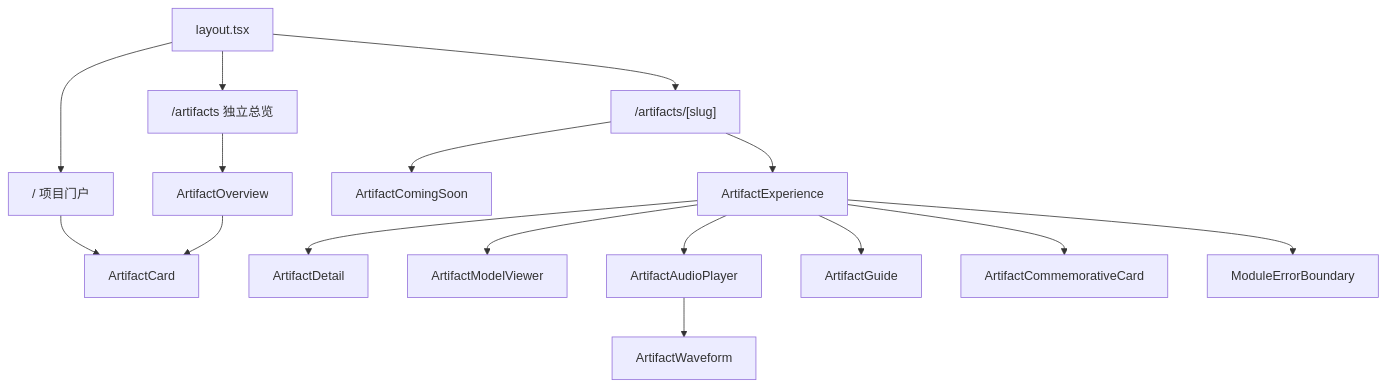
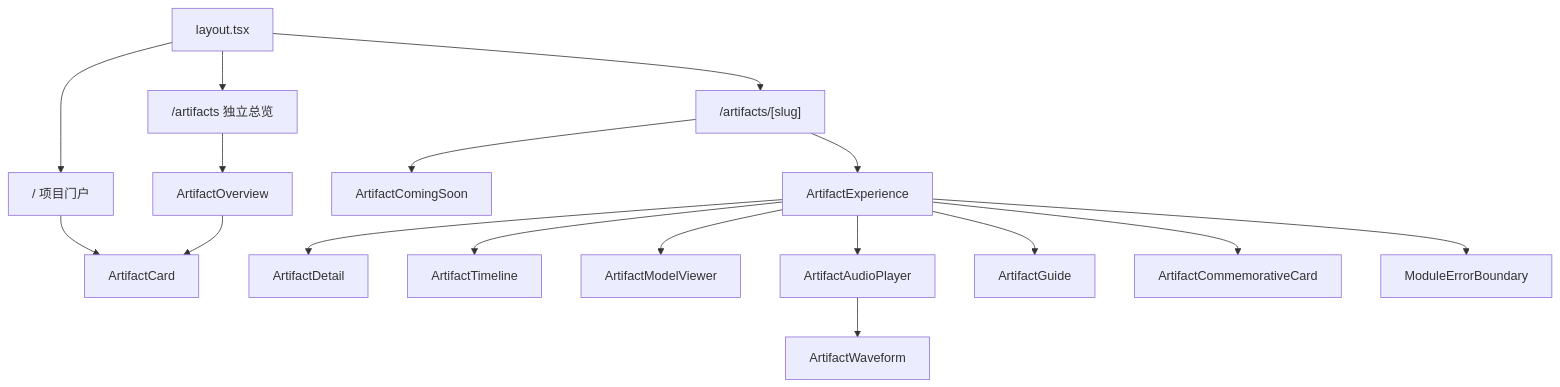
Before and after one commit to rylynn1351/henan-music-archaeology: the first of 2 diagrams in ARCHITECTURE.md, drawn with Mermaid. The commit also changed other lines of this file and 4 other files, not shown here.

````diff
--- a/ARCHITECTURE.md
+++ b/ARCHITECTURE.md
@@ -89,18 +90,19 @@
 ```mermaid
 flowchart TD
     L["layout.tsx"] --> HOME["/ 项目门户"]
     L --> CATALOG["/artifacts 独立总览"]
     L --> ROUTE["/artifacts/[slug]"]
     HOME --> CARD["ArtifactCard"]
     CATALOG --> OVERVIEW["ArtifactOverview"]
     OVERVIEW --> CARD
     ROUTE --> PLACEHOLDER["ArtifactComingSoon"]
     ROUTE --> EXPERIENCE["ArtifactExperience"]
     EXPERIENCE --> DETAIL["ArtifactDetail"]
+    EXPERIENCE --> TIMELINE["ArtifactTimeline"]
     EXPERIENCE --> MODEL["ArtifactModelViewer"]
     EXPERIENCE --> AUDIO["ArtifactAudioPlayer"]
     AUDIO --> WAVE["ArtifactWaveform"]
     EXPERIENCE --> GUIDE["ArtifactGuide"]
     EXPERIENCE --> MEMORIAL["ArtifactCommemorativeCard"]
     EXPERIENCE --> BOUNDARY["ModuleErrorBoundary"]
 ```
````
